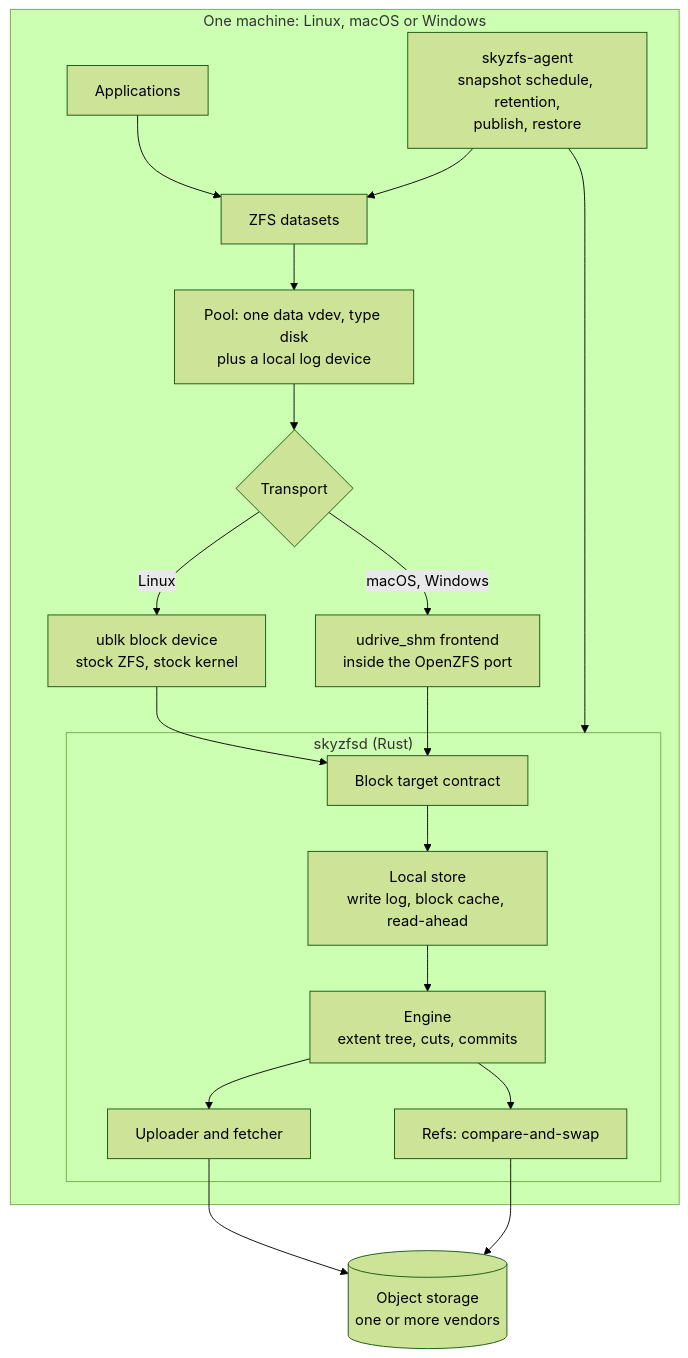
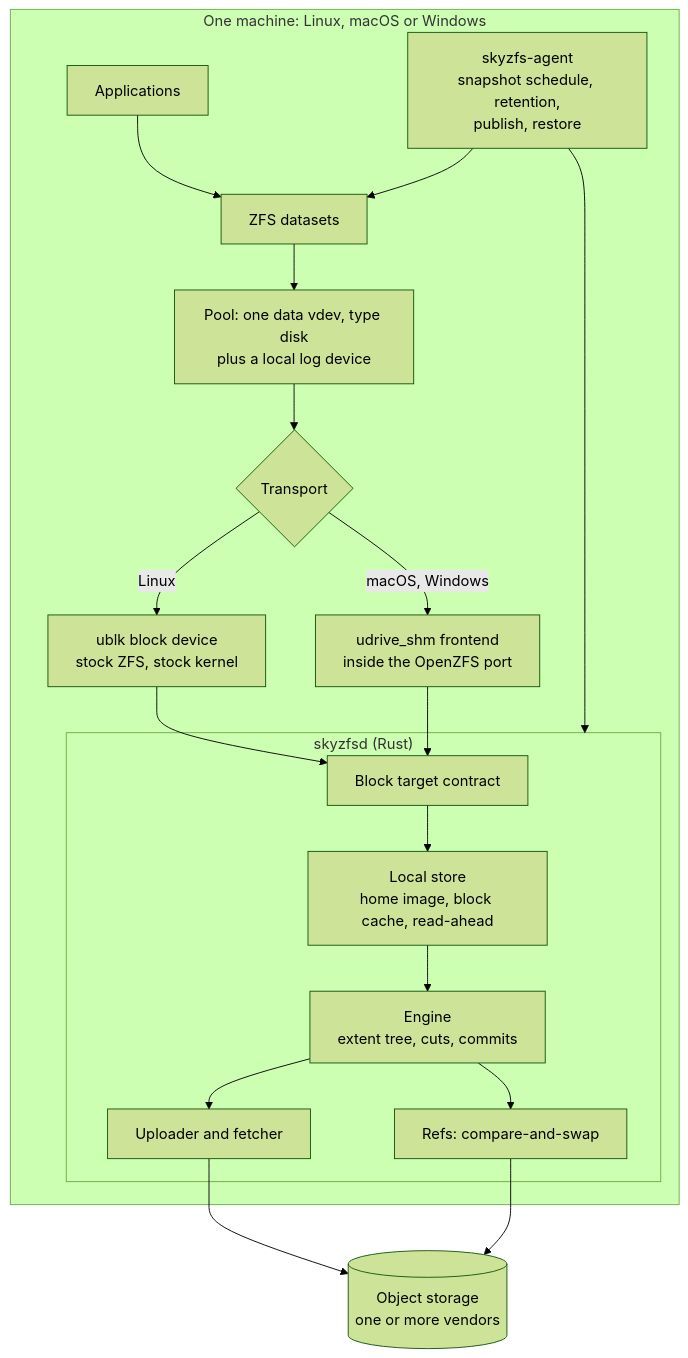
Before and after one commit to skyzfs/skyzfs: the first of 5 diagrams in docs/skyzfs-design.md, drawn with Mermaid (forest theme). The commit also changed other lines of this file and 1 other file, not shown here.

First line of the commit message:
Design: the store writes in place, with no write log (decision D5)

````diff
--- a/docs/skyzfs-design.md
+++ b/docs/skyzfs-design.md
@@ -57,26 +57,26 @@
 ```mermaid
 flowchart TB
   subgraph Host["One machine: Linux, macOS or Windows"]
     APP["Applications"] --> ZPL["ZFS datasets"]
     ZPL --> POOL["Pool: one data vdev, type disk<br/>plus a local log device"]
     POOL --> T{"Transport"}
     T -->|"Linux"| UBLK["ublk block device<br/>stock ZFS, stock kernel"]
     T -->|"macOS, Windows"| SHM["udrive_shm frontend<br/>inside the OpenZFS port"]
     UBLK --> BT
     SHM --> BT
     subgraph Daemon["skyzfsd (Rust)"]
       BT["Block target contract"]
-      LOCAL["Local store<br/>write log, block cache, read-ahead"]
+      LOCAL["Local store<br/>home image, block cache, read-ahead"]
       ENG["Engine<br/>extent tree, cuts, commits"]
       UP["Uploader and fetcher"]
       REFS["Refs: compare-and-swap"]
       BT --> LOCAL --> ENG
       ENG --> UP
       ENG --> REFS
     end
     AGENT["skyzfs-agent<br/>snapshot schedule, retention,<br/>publish, restore"] --> ZPL
     AGENT --> Daemon
   end
   UP --> OBJ[("Object storage<br/>one or more vendors")]
   REFS --> OBJ
 ```
````
